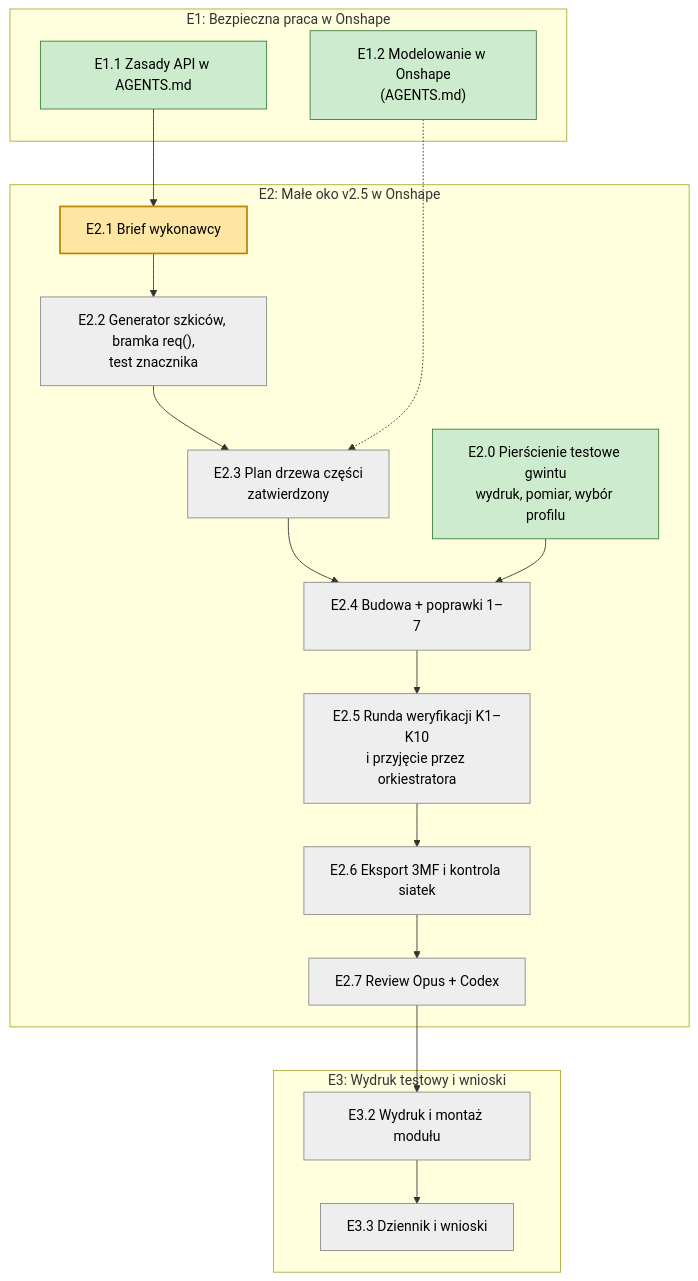
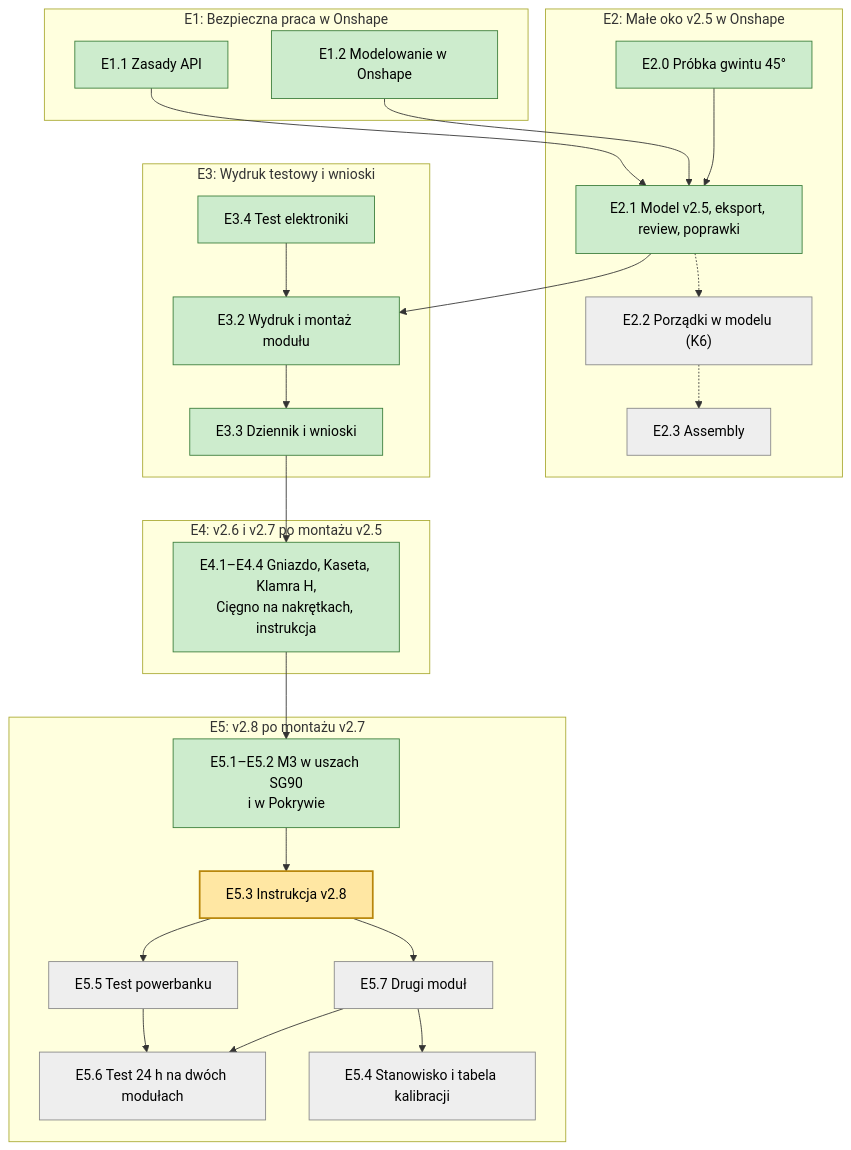
One commit to senecjusz/Dynia-eyes changed the diagram in 30-projekt/teraz.md. Above: the diagram before and after it, drawn with Mermaid. The commit also changed other lines of this file and 16 other files, not shown here.

Commit message:
Audyt dokumentacji 19–21.10: instrukcja v2.8, poprawka kroku 4 (serwo trzyma 1500 µs), test-24h ze środkami w NVS, decyzje, dziennik, agenda, elektronika, przekazanie dla nowej sesji

````diff
--- a/30-projekt/teraz.md
+++ b/30-projekt/teraz.md
@@ -9,32 +9,44 @@
 ```mermaid
 flowchart TD
   subgraph E1["E1: Bezpieczna praca w Onshape"]
-    E1_1["E1.1 Zasady API w AGENTS.md"]
-    E1_2["E1.2 Modelowanie w Onshape<br/>(AGENTS.md)"]
+    E1_1["E1.1 Zasady API"]
+    E1_2["E1.2 Modelowanie w Onshape"]
   end
   subgraph E2["E2: Małe oko v2.5 w Onshape"]
-    E2_0["E2.0 Pierścienie testowe gwintu<br/>wydruk, pomiar, wybór profilu"]
-    E2_1["E2.1 Brief wykonawcy"]
-    E2_2["E2.2 Generator szkiców, bramka req(),<br/>test znacznika"]
-    E2_3["E2.3 Plan drzewa części<br/>zatwierdzony"]
-    E2_4["E2.4 Budowa + poprawki 1–7"]
-    E2_5["E2.5 Runda weryfikacji K1–K10<br/>i przyjęcie przez orkiestratora"]
-    E2_6["E2.6 Eksport 3MF i kontrola siatek"]
-    E2_7["E2.7 Review Opus + Codex"]
+    E2_0["E2.0 Próbka gwintu 45°"]
+    E2_1["E2.1 Model v2.5, eksport, review, poprawki"]
+    E2_2["E2.2 Porządki w modelu (K6)"]
+    E2_3["E2.3 Assembly"]
   end
   subgraph E3["E3: Wydruk testowy i wnioski"]
+    E3_4["E3.4 Test elektroniki"]
     E3_2["E3.2 Wydruk i montaż modułu"]
     E3_3["E3.3 Dziennik i wnioski"]
   end
-  E1_1 --> E2_1 --> E2_2 --> E2_3 --> E2_4 --> E2_5 --> E2_6 --> E2_7 --> E3_2
-  E1_2 -.-> E2_3
-  E2_0 --> E2_4
-  E3_2 --> E3_3
+  subgraph E4["E4: v2.6 i v2.7 po montażu v2.5"]
+    E4_x["E4.1–E4.4 Gniazdo, Kaseta, Klamra H,<br/>Cięgno na nakrętkach, instrukcja"]
+  end
+  subgraph E5["E5: v2.8 po montażu v2.7"]
+    E5_12["E5.1–E5.2 M3 w uszach SG90<br/>i w Pokrywie"]
+    E5_3["E5.3 Instrukcja v2.8"]
+    E5_5["E5.5 Test powerbanku"]
+    E5_7["E5.7 Drugi moduł"]
+    E5_6["E5.6 Test 24 h na dwóch modułach"]
+    E5_4["E5.4 Stanowisko i tabela kalibracji"]
+  end
+  E1_1 --> E2_1
+  E1_2 --> E2_1
+  E2_0 --> E2_1 --> E3_2 --> E3_3 --> E4_x --> E5_12 --> E5_3
+  E2_1 -.-> E2_2 -.-> E2_3
+  E3_4 --> E3_2
+  E5_3 --> E5_5 --> E5_6
+  E5_3 --> E5_7 --> E5_6
+  E5_7 --> E5_4
 
   classDef zrobione fill:#cdeccd,stroke:#3a7d3a,color:#000
   classDef teraz fill:#ffe7a3,stroke:#b8860b,color:#000,stroke-width:2px
   classDef czeka fill:#eeeeee,stroke:#888,color:#000
-  class E1_1,E1_2,E2_0 zrobione
-  class E2_1 teraz
-  class E2_2,E2_3,E2_4,E2_5,E2_6,E2_7,E3_2,E3_3 czeka
+  class E1_1,E1_2,E2_0,E2_1,E3_4,E3_2,E3_3,E4_x,E5_12 zrobione
+  class E5_3 teraz
+  class E2_2,E2_3,E5_5,E5_7,E5_6,E5_4 czeka
 ```
````
